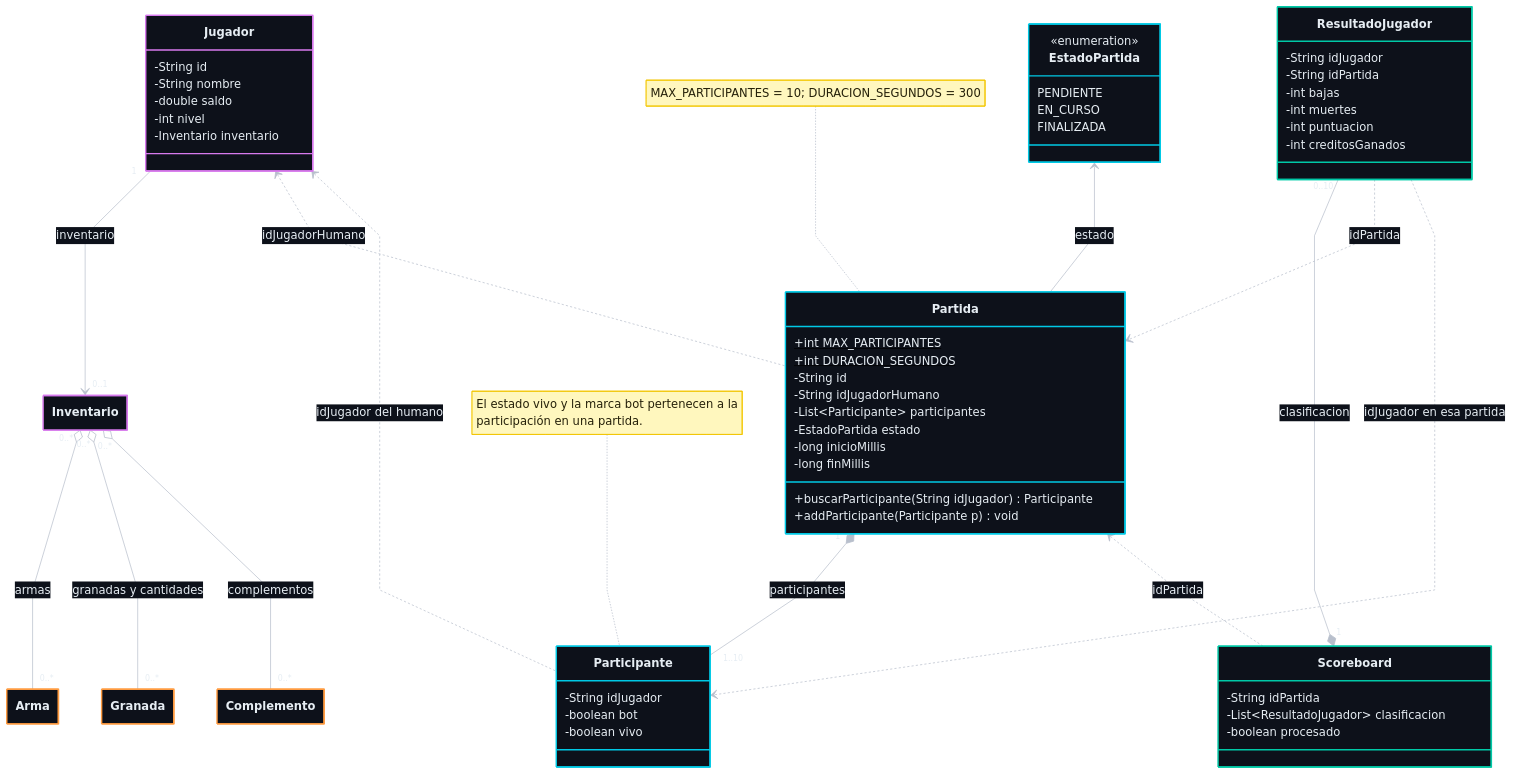
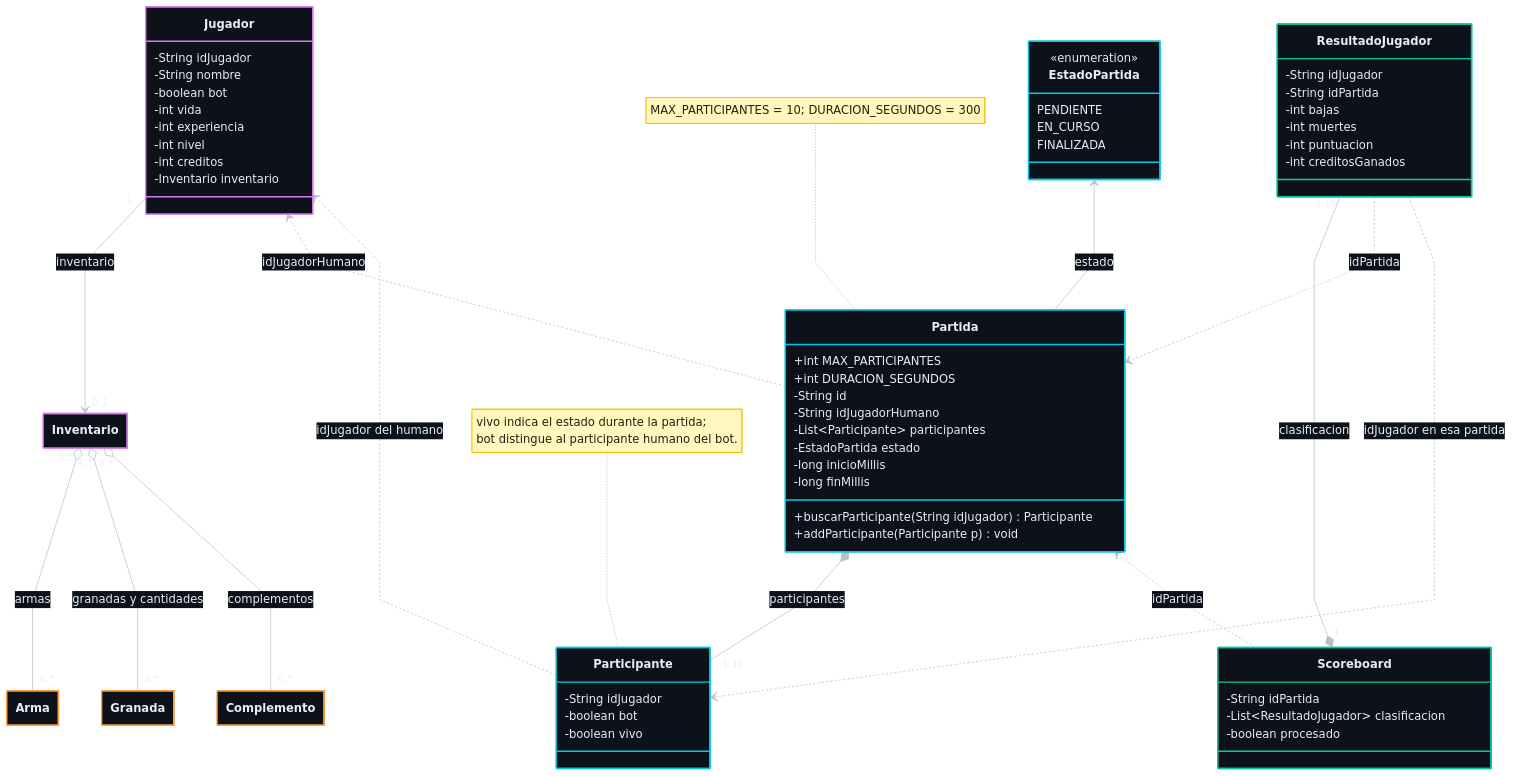
One commit to PolMC100/DSA-Proyecto changed the first of 11 diagrams in docs/DIAGRAMAS_CLASES.md. Above: the diagram before and after it, drawn with Mermaid. The commit also changed other lines of this file, not shown here.

Commit message:
Update diagramas

````diff
--- a/docs/DIAGRAMAS_CLASES.md
+++ b/docs/DIAGRAMAS_CLASES.md
@@ -54,13 +54,16 @@
 ```mermaid
-%%{init: {"theme":"base","themeVariables":{"darkMode":true,"background":"#1b1b1f","primaryColor":"#0d111a","primaryTextColor":"#e6edf3","primaryBorderColor":"#d779ed","secondaryColor":"#0d111a","secondaryTextColor":"#e6edf3","tertiaryColor":"#0d111a","tertiaryTextColor":"#e6edf3","textColor":"#e6edf3","classText":"#e6edf3","lineColor":"#b8bfcc","edgeLabelBackground":"#1b1b1f","noteBkgColor":"#fff7be","noteBorderColor":"#f3c600","noteTextColor":"#26210a"},"themeCSS":"background-color: #1b1b1f; .noteText, .noteText tspan, .node[id^=\"note\"] .nodeLabel, .node[id^=\"note\"] .nodeLabel p { color: #26210a !important; fill: #26210a !important; }","layout":"dagre","class":{"nodeSpacing":60,"rankSpacing":132,"diagramPadding":24,"hideEmptyMembersBox":true},"flowchart":{"nodeSpacing":60,"rankSpacing":132,"curve":"linear"}}}%%
+%%{init: {"theme":"base","themeVariables":{"darkMode":true,"background":"#1b1b1f","primaryColor":"#0d111a","primaryTextColor":"#e6edf3","primaryBorderColor":"#d779ed","secondaryColor":"#0d111a","secondaryTextColor":"#e6edf3","tertiaryColor":"#0d111a","tertiaryTextColor":"#e6edf3","textColor":"#e6edf3","classText":"#e6edf3","lineColor":"#b8bfcc","edgeLabelBackground":"#1b1b1f","noteBkgColor":"#fff7be","noteBorderColor":"#f3c600","noteTextColor":"#26210a"},"themeCSS":"background-color: #1b1b1f; .noteText, .noteText tspan, .node[id^=\"note\"] .nodeLabel, .node[id^=\"note\"] .nodeLabel p { color: #26210a !important; fill: #26210a !important; }","layout":"dagre","class":{"nodeSpacing":60,"rankSpacing":109,"diagramPadding":24,"hideEmptyMembersBox":true},"flowchart":{"nodeSpacing":60,"rankSpacing":109,"curve":"linear"}}}%%
 classDiagram
     direction TB
 
     class Jugador {
-        -String id
+        -String idJugador
         -String nombre
-        -double saldo
+        -boolean bot
+        -int vida
+        -int experiencia
         -int nivel
+        -int creditos
         -Inventario inventario
     }
 
@@ -127,7 +130,7 @@
     ResultadoJugador ..> Participante : idJugador en esa partida
 
     note for Partida "MAX_PARTICIPANTES = 10; DURACION_SEGUNDOS = 300"
-    note for Participante "El estado vivo y la marca bot pertenecen a la<br/>participación en una partida."
+    note for Participante "vivo indica el estado durante la partida;<br/>bot distingue al participante humano del bot."
     style Jugador fill:#0d111a,stroke:#d779ed,stroke-width:2px,color:#e6edf3
     style Inventario fill:#0d111a,stroke:#d779ed,stroke-width:2px,color:#e6edf3
     style Arma fill:#0d111a,stroke:#ff9b40,stroke-width:2px,color:#e6edf3
````
